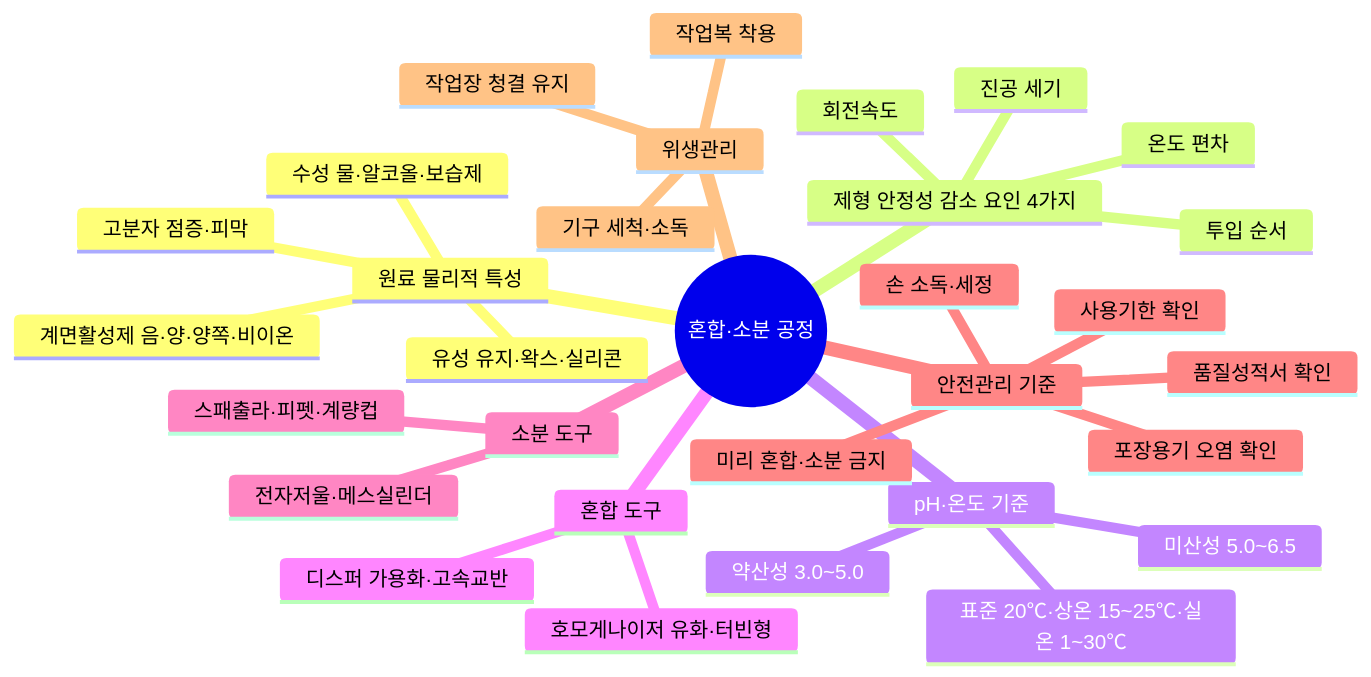
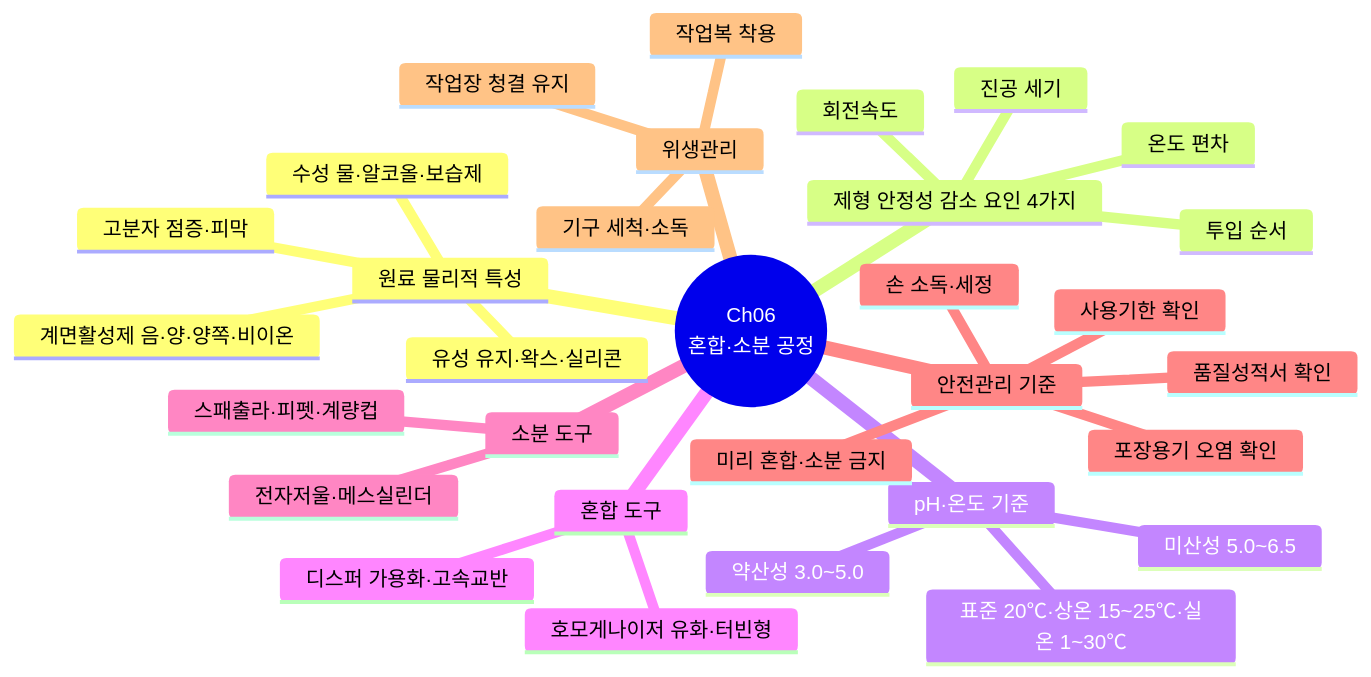
One commit to skygoldlee-cyber/Personalized_Skincare changed diagram 20 of 28 in content/교재/understanding/4과목_맞춤형화장품의이해_이야기형.md. Above: the diagram before and after it, drawn with Mermaid. The commit also changed other lines of this file and 8 other files, not shown here.

````diff
--- a/content/교재/understanding/4과목_맞춤형화장품의이해_이야기형.md
+++ b/content/교재/understanding/4과목_맞춤형화장품의이해_이야기형.md
@@ -3355,34 +3355,34 @@
 ```mermaid
 mindmap
- root((혼합·소분 공정))
+ root((Ch06<br/>혼합·소분 공정))
   원료 물리적 특성
    수성 물·알코올·보습제
    유성 유지·왁스·실리콘
    계면활성제 음·양·양쪽·비이온
    고분자 점증·피막
   제형 안정성 감소 요인 4가지
    투입 순서
    온도 편차
    회전속도
    진공 세기
   pH·온도 기준
    미산성 5.0~6.5
    약산성 3.0~5.0
    표준 20℃·상온 15~25℃·실온 1~30℃
   혼합 도구
    호모게나이저 유화·터빈형
    디스퍼 가용화·고속교반
   소분 도구
    스패출라·피펫·계량컵
    전자저울·메스실린더
   안전관리 기준
    품질성적서 확인
    손 소독·세정
    포장용기 오염 확인
    사용기한 확인
    미리 혼합·소분 금지
   위생관리
    작업복 착용
    기구 세척·소독
    작업장 청결 유지
 ```
````
